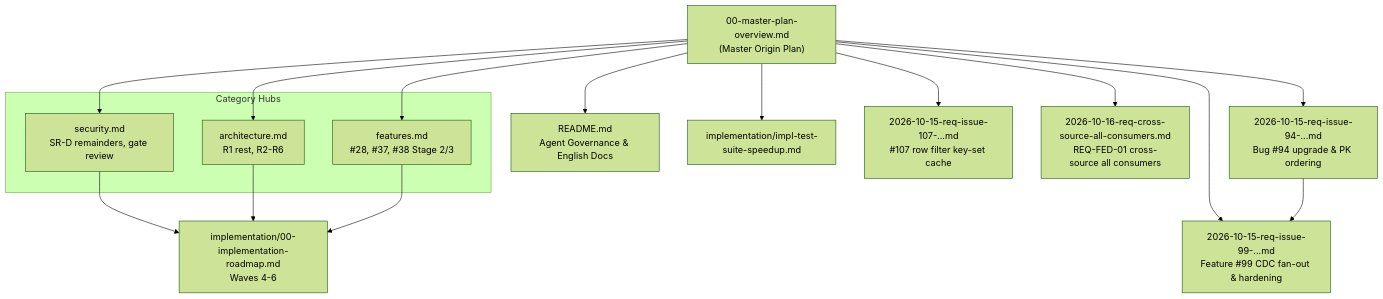
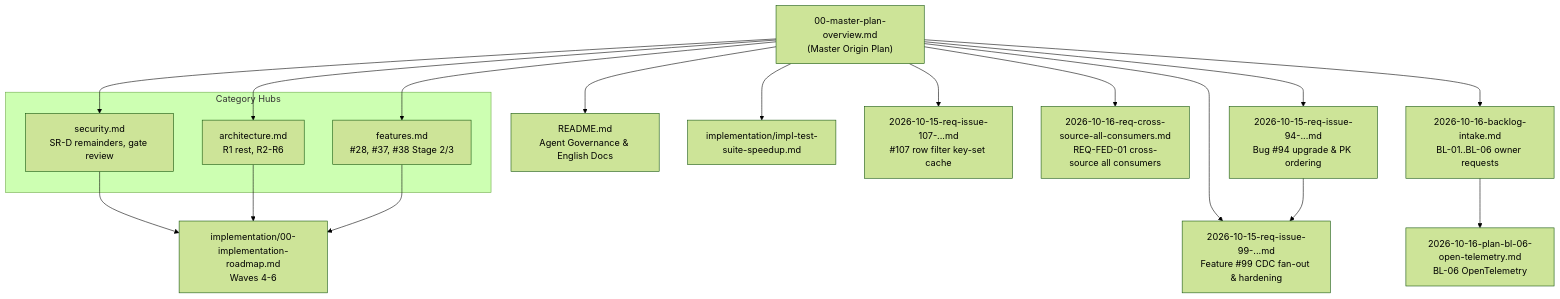
The diagram in docs/plans/00-master-plan-overview.md (themulle/autheris), drawn with Mermaid (forest theme) before and after one commit. The commit also changed other lines of this file and 8 other files, not shown here.

First line of the commit message:
docs(plans): remaining open plans — #111–#115, #122–#124 cross-source, SCIM rev. 4, backlog intake, BL-06 (#121)

````diff
--- a/docs/plans/00-master-plan-overview.md
+++ b/docs/plans/00-master-plan-overview.md
@@ -51,32 +55,36 @@
 ```mermaid
 flowchart TD
     MP["00-master-plan-overview.md<br/>(Master Origin Plan)"]
     AG["README.md<br/>Agent Governance & English Docs"]
     IR["implementation/00-implementation-roadmap.md<br/>Waves 4-6"]
 
     subgraph Categories ["Category Hubs"]
         SR["security.md<br/>SR-D remainders, gate review"]
         AR["architecture.md<br/>R1 rest, R2-R6"]
         FT["features.md<br/>#28, #37, #38 Stage 2/3"]
     end
 
     TS["implementation/impl-test-suite-speedup.md"]
     B94["2026-10-15-req-issue-94-...md<br/>Bug #94 upgrade & PK ordering"]
     C99["2026-10-15-req-issue-99-...md<br/>Feature #99 CDC fan-out & hardening"]
     R107["2026-10-15-req-issue-107-...md<br/>#107 row filter key-set cache"]
     FED1["2026-10-16-req-cross-source-all-consumers.md<br/>REQ-FED-01 cross-source all consumers"]
+    BL["2026-10-16-backlog-intake.md<br/>BL-01..BL-06 owner requests"]
+    BL6["2026-10-16-plan-bl-06-open-telemetry.md<br/>BL-06 OpenTelemetry"]
 
     MP --> AG
     MP --> SR
     MP --> AR
     MP --> FT
     MP --> TS
     MP --> B94
     MP --> C99
     B94 --> C99
     MP --> R107
     MP --> FED1
+    MP --> BL
+    BL --> BL6
     SR --> IR
     AR --> IR
     FT --> IR
 ```
````
